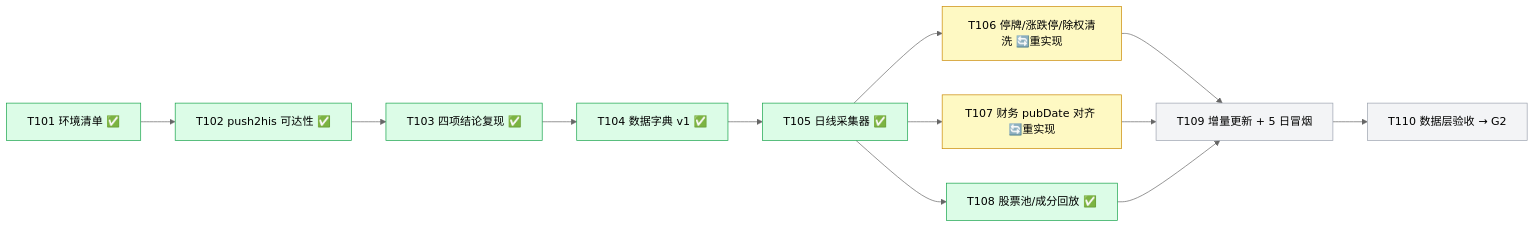
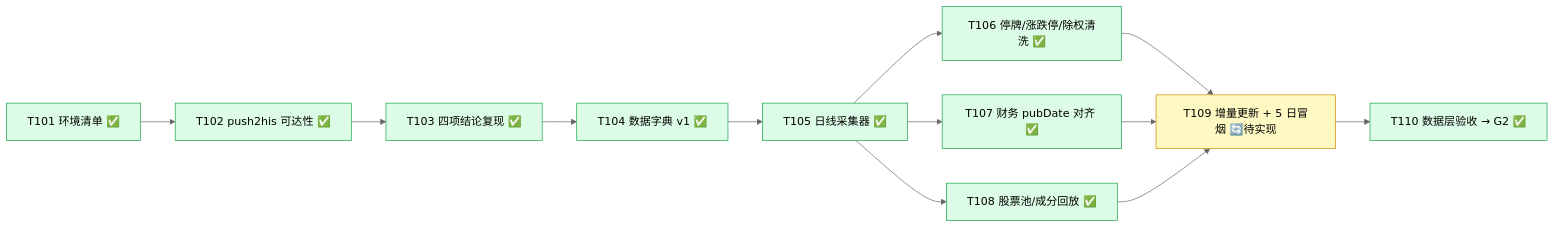
Before and after one commit to YZml1507/FinAI2.0: the third of 4 diagrams in docs/project_status_flowchart.md, drawn with Mermaid (neutral theme). The commit also changed other lines of this file and 1 other file, not shown here.

First line of the commit message:
docs: 流程图状态标记 — T106/T107/T110 ✅ / T109 待实现 / HEADs e3f849e+101f5cd

````diff
--- a/docs/project_status_flowchart.md
+++ b/docs/project_status_flowchart.md
@@ -43,24 +43,24 @@
 ```mermaid
 flowchart LR
   T101[T101 环境清单 ✅] --> T102[T102 push2his 可达性 ✅]
   T102 --> T103[T103 四项结论复现 ✅]
   T103 --> T104[T104 数据字典 v1 ✅]
   T104 --> T105[T105 日线采集器 ✅]
-  T105 --> T106[T106 停牌/涨跌停/除权清洗 🔄重实现]
-  T105 --> T107[T107 财务 pubDate 对齐 🔄重实现]
+  T105 --> T106[T106 停牌/涨跌停/除权清洗 ✅]
+  T105 --> T107[T107 财务 pubDate 对齐 ✅]
   T105 --> T108[T108 股票池/成分回放 ✅]
-  T106 --> T109[T109 增量更新 + 5 日冒烟]
+  T106 --> T109[T109 增量更新 + 5 日冒烟 🔄待实现]
   T107 --> T109
   T108 --> T109
-  T109 --> T110[T110 数据层验收 → G2]
+  T109 --> T110[T110 数据层验收 → G2 ✅]
   style T101 fill:#dcfce7,stroke:#16a34a
   style T102 fill:#dcfce7,stroke:#16a34a
   style T103 fill:#dcfce7,stroke:#16a34a
   style T104 fill:#dcfce7,stroke:#16a34a
   style T105 fill:#dcfce7,stroke:#16a34a
-  style T106 fill:#fef9c3,stroke:#ca8a04
-  style T107 fill:#fef9c3,stroke:#ca8a04
+  style T106 fill:#dcfce7,stroke:#16a34a
+  style T107 fill:#dcfce7,stroke:#16a34a
   style T108 fill:#dcfce7,stroke:#16a34a
-  style T109 fill:#f3f4f6,stroke:#9ca3af
-  style T110 fill:#f3f4f6,stroke:#9ca3af
+  style T109 fill:#fef9c3,stroke:#ca8a04
+  style T110 fill:#dcfce7,stroke:#16a34a
 ```
````
